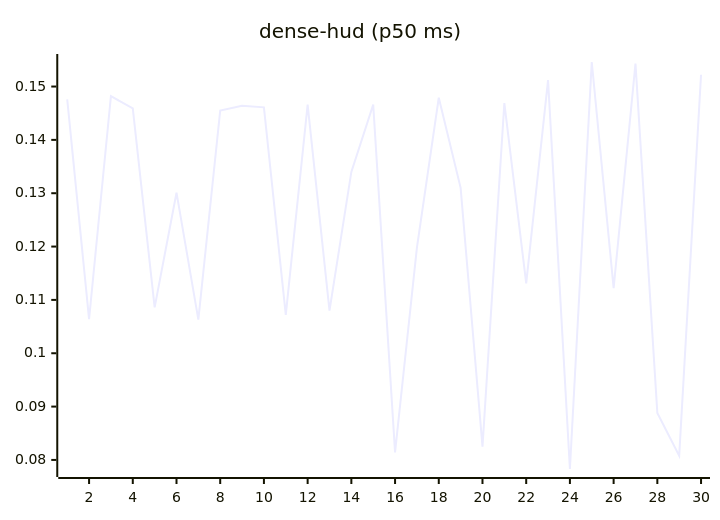
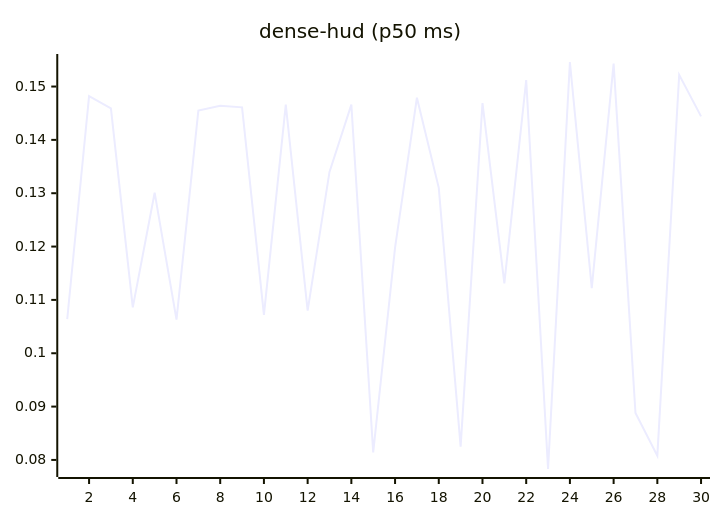
The eighth of 27 diagrams in README.md (josha/Facet), drawn with Mermaid before and after one commit. The commit also changed other lines of this file and 2 other files, not shown here.

````diff
--- a/README.md
+++ b/README.md
@@ -112,6 +112,6 @@
 ```mermaid
 xychart-beta
     title "dense-hud (p50 ms)"
     x-axis 1 --> 30
-    line [0.1476, 0.1064, 0.1482, 0.1459, 0.1086, 0.1301, 0.1063, 0.1455, 0.1464, 0.1461, 0.1072, 0.1466, 0.1080, 0.1340, 0.1466, 0.0814, 0.1198, 0.1479, 0.1310, 0.0825, 0.1469, 0.1131, 0.1512, 0.0783, 0.1546, 0.1122, 0.1543, 0.0888, 0.0808, 0.1522]
+    line [0.1064, 0.1482, 0.1459, 0.1086, 0.1301, 0.1063, 0.1455, 0.1464, 0.1461, 0.1072, 0.1466, 0.1080, 0.1340, 0.1466, 0.0814, 0.1198, 0.1479, 0.1310, 0.0825, 0.1469, 0.1131, 0.1512, 0.0783, 0.1546, 0.1122, 0.1543, 0.0888, 0.0808, 0.1522, 0.1444]
 ```
````
